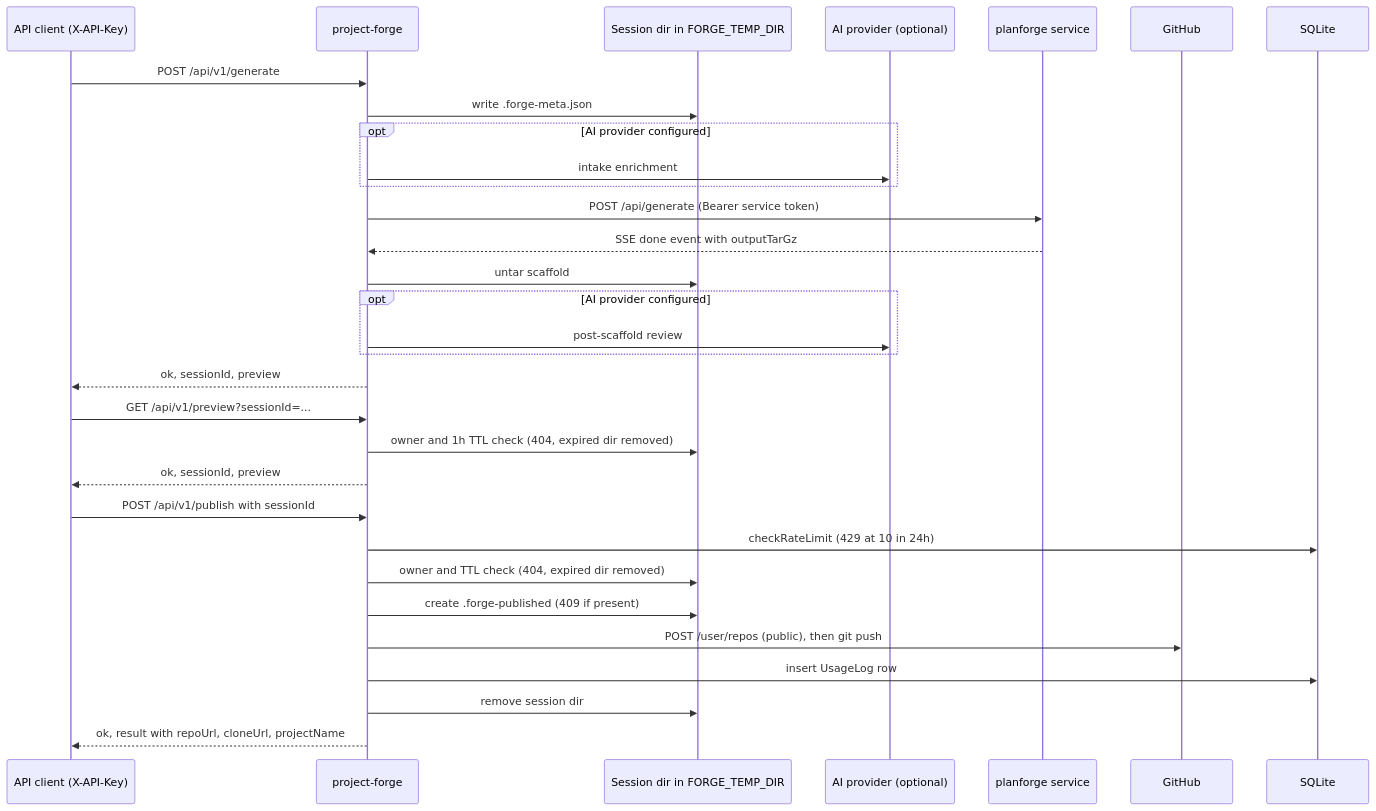
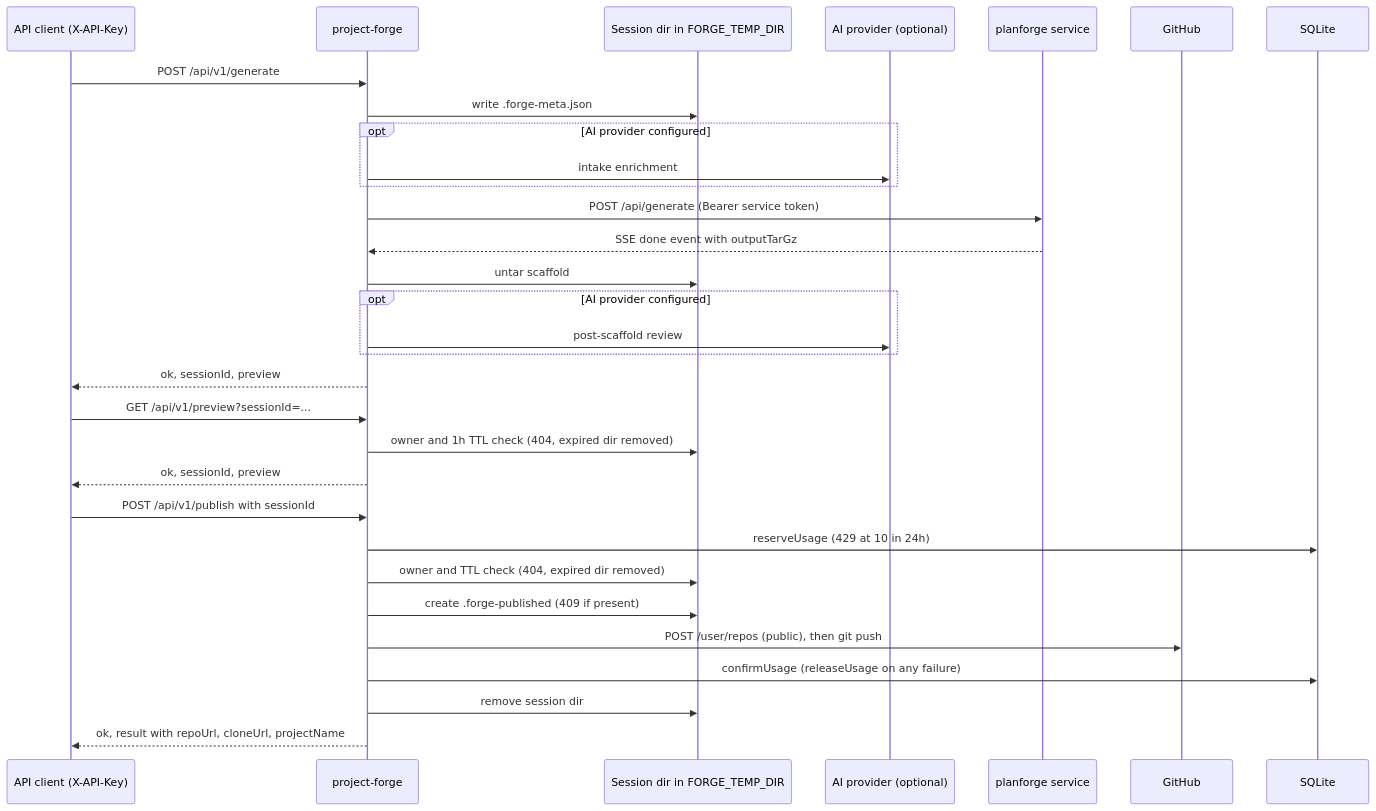
The second of 2 diagrams in docs/architecture.md (LanNguyenSi/project-forge), drawn with Mermaid before and after one commit. The commit also changed other lines of this file and 18 other files, not shown here.

````diff
--- a/docs/architecture.md
+++ b/docs/architecture.md
@@ -145,33 +145,33 @@
 ```mermaid
 sequenceDiagram
   participant C as API client (X-API-Key)
   participant A as project-forge
   participant T as Session dir in FORGE_TEMP_DIR
   participant AI as AI provider (optional)
   participant P as planforge service
   participant G as GitHub
   participant D as SQLite
   C->>A: POST /api/v1/generate
   A->>T: write .forge-meta.json
   opt AI provider configured
     A->>AI: intake enrichment
   end
   A->>P: POST /api/generate (Bearer service token)
   P-->>A: SSE done event with outputTarGz
   A->>T: untar scaffold
   opt AI provider configured
     A->>AI: post-scaffold review
   end
   A-->>C: ok, sessionId, preview
   C->>A: GET /api/v1/preview?sessionId=...
   A->>T: owner and 1h TTL check (404, expired dir removed)
   A-->>C: ok, sessionId, preview
   C->>A: POST /api/v1/publish with sessionId
-  A->>D: checkRateLimit (429 at 10 in 24h)
+  A->>D: reserveUsage (429 at 10 in 24h)
   A->>T: owner and TTL check (404, expired dir removed)
   A->>T: create .forge-published (409 if present)
   A->>G: POST /user/repos (public), then git push
-  A->>D: insert UsageLog row
+  A->>D: confirmUsage (releaseUsage on any failure)
   A->>T: remove session dir
   A-->>C: ok, result with repoUrl, cloneUrl, projectName
 ```
````
